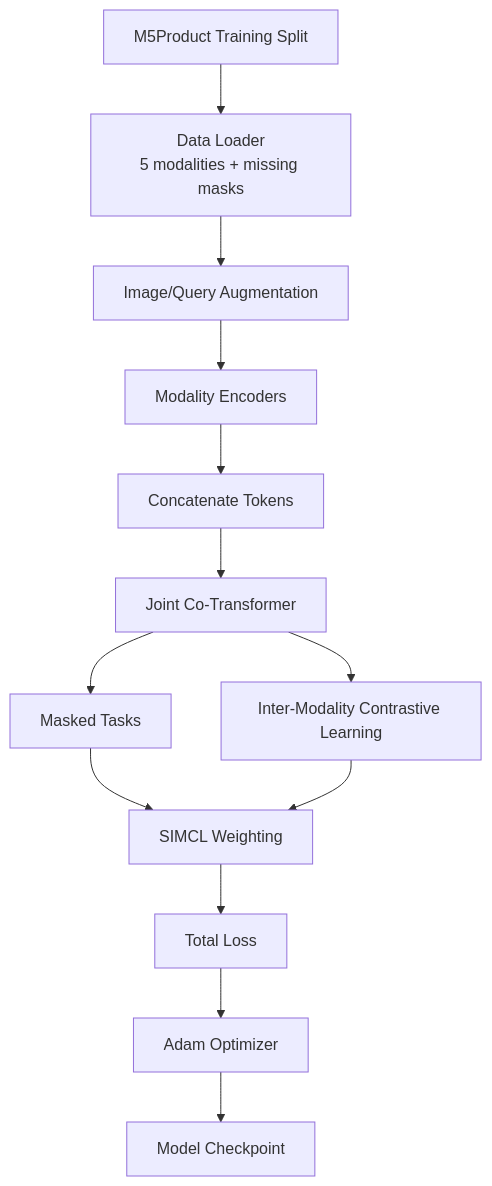
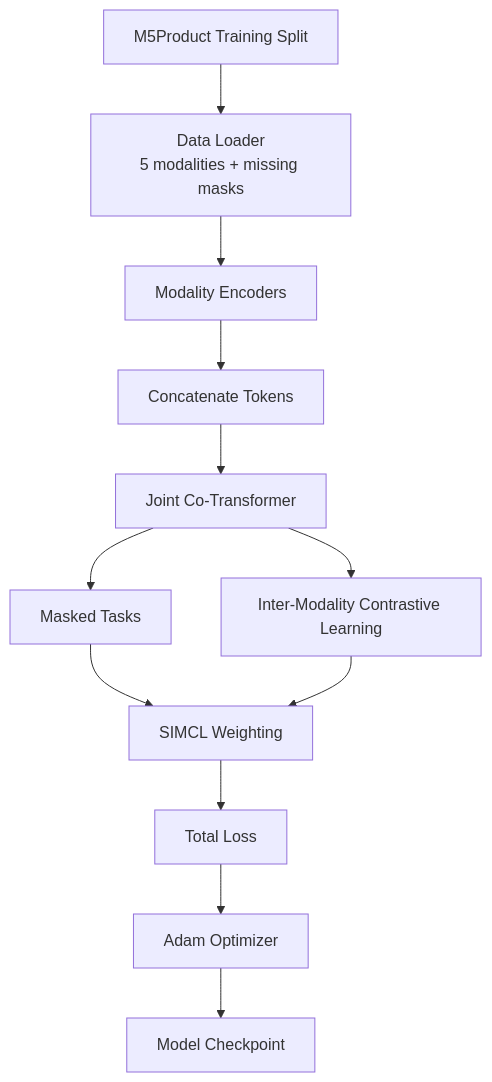
The ninth of 13 diagrams in docs/proposal/proposal.md (Computer-Vision-HCMUS/Product-Ecommerce-Image-Retrieval), drawn with Mermaid before and after one commit. The commit also changed other lines of this file and 15 other files, not shown here.

````diff
--- a/docs/proposal/proposal.md
+++ b/docs/proposal/proposal.md
@@ -882,15 +858,14 @@
 ```mermaid
 flowchart TD
     D["M5Product Training Split"] --> A["Data Loader<br/>5 modalities + missing masks"]
-    A --> AUG["Image/Query Augmentation"]
-    AUG --> ENC["Modality Encoders"]
+    A --> ENC["Modality Encoders"]
     ENC --> CAT["Concatenate Tokens"]
     CAT --> JCT["Joint Co-Transformer"]
     JCT --> MT["Masked Tasks"]
     JCT --> IMCL["Inter-Modality Contrastive Learning"]
     MT --> SIMCL["SIMCL Weighting"]
     IMCL --> SIMCL
     SIMCL --> LOSS["Total Loss"]
     LOSS --> OPT["Adam Optimizer"]
     OPT --> CKPT["Model Checkpoint"]
 ```
````
